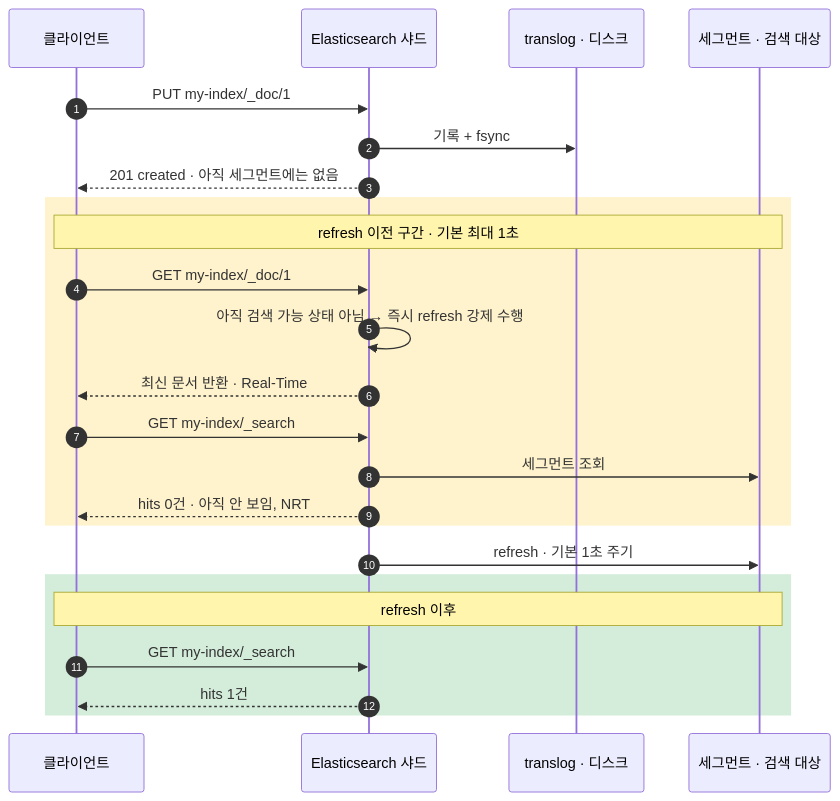
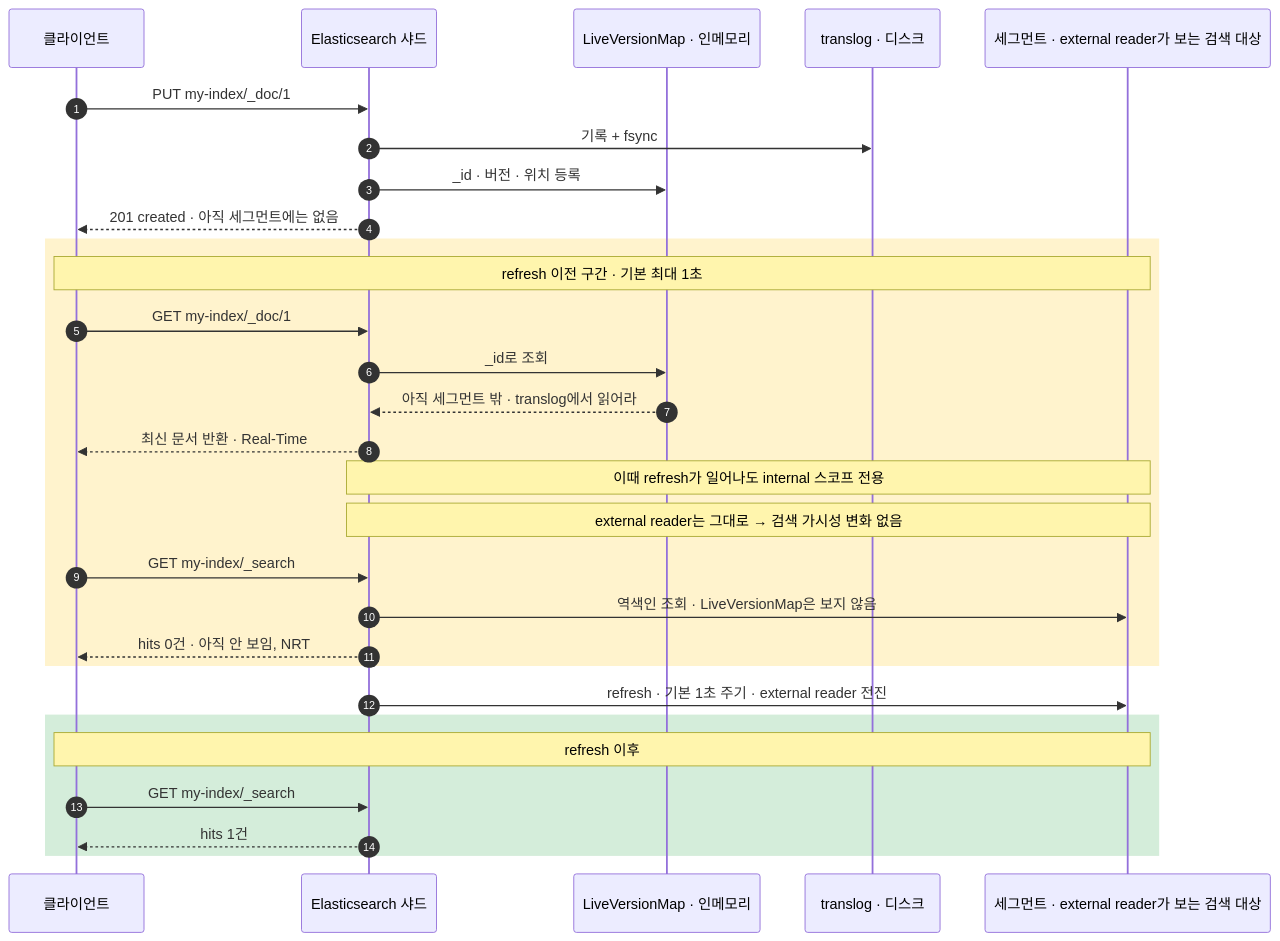
One commit to popotec/study-elasticsearch changed the seventh of 7 diagrams in study-ch1-2.md. Above: the diagram before and after it, drawn with Mermaid. The commit also changed other lines of this file, not shown here.

````diff
--- a/study-ch1-2.md
+++ b/study-ch1-2.md
@@ -654,29 +838,34 @@
 ```mermaid
 sequenceDiagram
     autonumber
     participant C as 클라이언트
     participant ES as Elasticsearch 샤드
+    participant LVM as LiveVersionMap · 인메모리
     participant TL as translog · 디스크
-    participant SEG as 세그먼트 · 검색 대상
+    participant SEG as 세그먼트 · external reader가 보는 검색 대상
 
     C->>ES: PUT my-index/_doc/1
     ES->>TL: 기록 + fsync
+    ES->>LVM: _id · 버전 · 위치 등록
     ES-->>C: 201 created · 아직 세그먼트에는 없음
 
     rect rgb(255, 243, 205)
     Note over C,SEG: refresh 이전 구간 · 기본 최대 1초
     C->>ES: GET my-index/_doc/1
-    ES->>ES: 아직 검색 가능 상태 아님 → 즉시 refresh 강제 수행
+    ES->>LVM: _id로 조회
+    LVM-->>ES: 아직 세그먼트 밖 · translog에서 읽어라
     ES-->>C: 최신 문서 반환 · Real-Time
+    Note over ES,SEG: 이때 refresh가 일어나도 internal 스코프 전용
+    Note over ES,SEG: external reader는 그대로 → 검색 가시성 변화 없음
     C->>ES: GET my-index/_search
-    ES->>SEG: 세그먼트 조회
+    ES->>SEG: 역색인 조회 · LiveVersionMap은 보지 않음
     ES-->>C: hits 0건 · 아직 안 보임, NRT
     end
 
-    ES->>SEG: refresh · 기본 1초 주기
+    ES->>SEG: refresh · 기본 1초 주기 · external reader 전진
     rect rgb(212, 237, 218)
     Note over C,SEG: refresh 이후
     C->>ES: GET my-index/_search
     ES-->>C: hits 1건
     end
 ```
````
